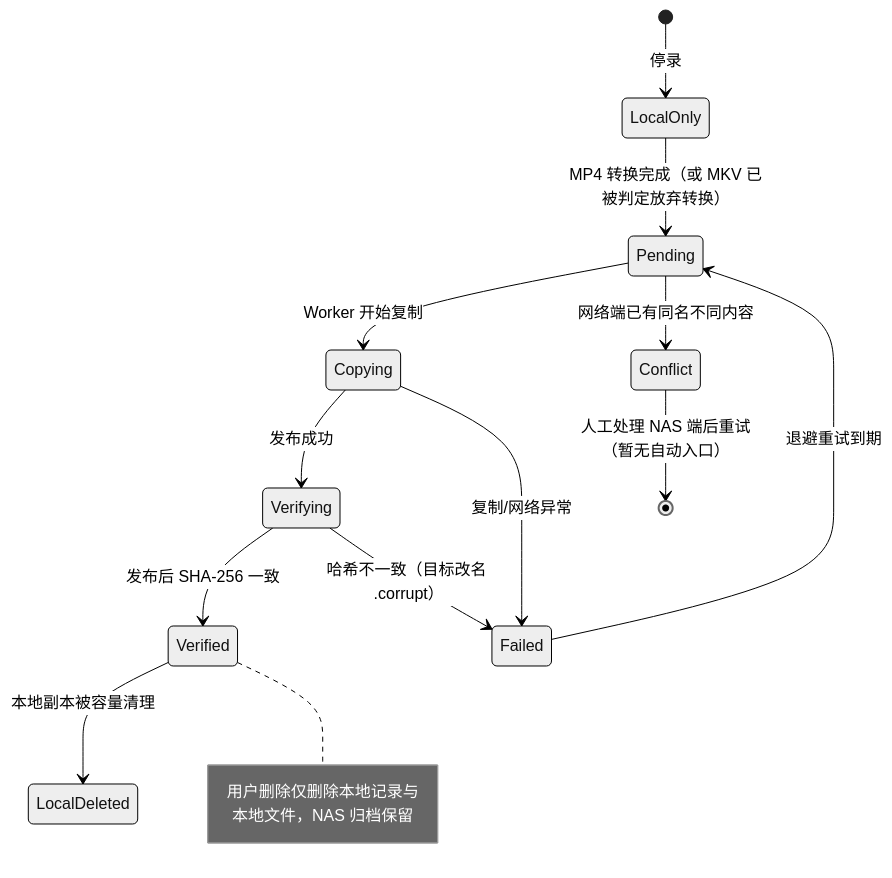
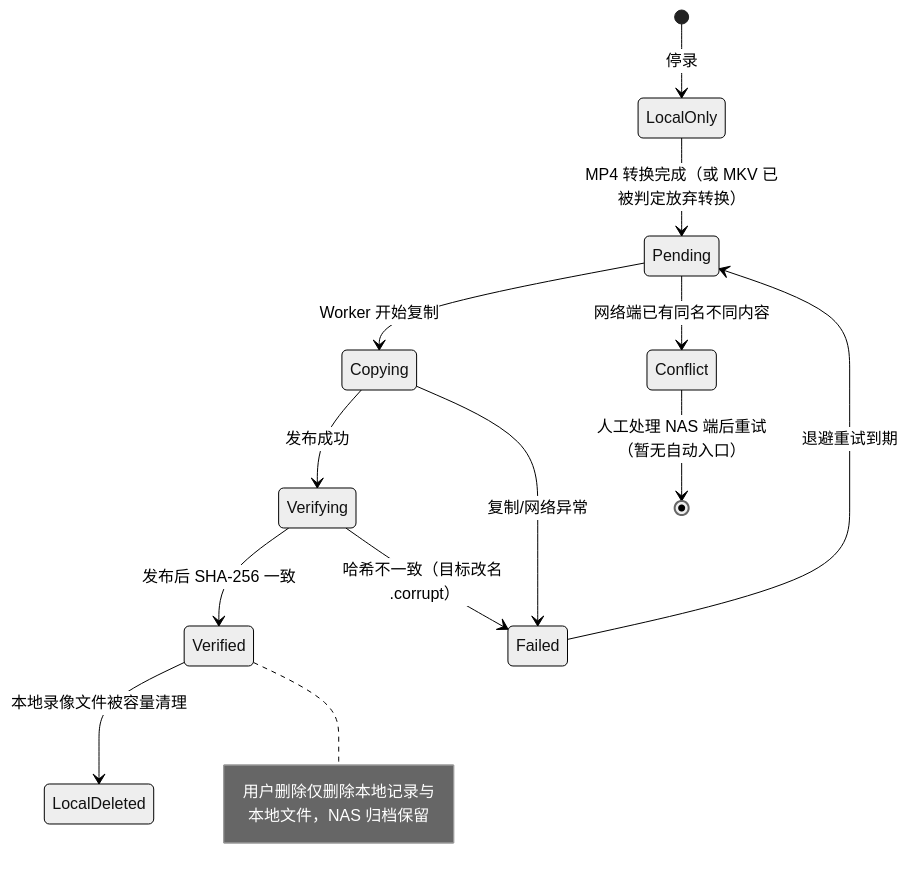
The second of 4 diagrams in docs/nas-storage-architecture.md (PackingProof/PackingProof-Desktop), drawn with Mermaid (neutral theme) before and after one commit. The commit also changed other lines of this file and 12 other files, not shown here.

````diff
--- a/docs/nas-storage-architecture.md
+++ b/docs/nas-storage-architecture.md
@@ -27,15 +28,15 @@
 ```mermaid
 stateDiagram-v2
     [*] --> LocalOnly: 停录
     LocalOnly --> Pending: MP4 转换完成（或 MKV 已被判定放弃转换）
     Pending --> Copying: Worker 开始复制
     Copying --> Verifying: 发布成功
     Verifying --> Verified: 发布后 SHA-256 一致
     Verifying --> Failed: 哈希不一致（目标改名 .corrupt）
     Copying --> Failed: 复制/网络异常
     Failed --> Pending: 退避重试到期
     Pending --> Conflict: 网络端已有同名不同内容
     Conflict --> [*]: 人工处理 NAS 端后重试（暂无自动入口）
-    Verified --> LocalDeleted: 本地副本被容量清理
+    Verified --> LocalDeleted: 本地录像文件被容量清理
     note right of Verified: 用户删除仅删除本地记录与本地文件，NAS 归档保留
 ```
````
